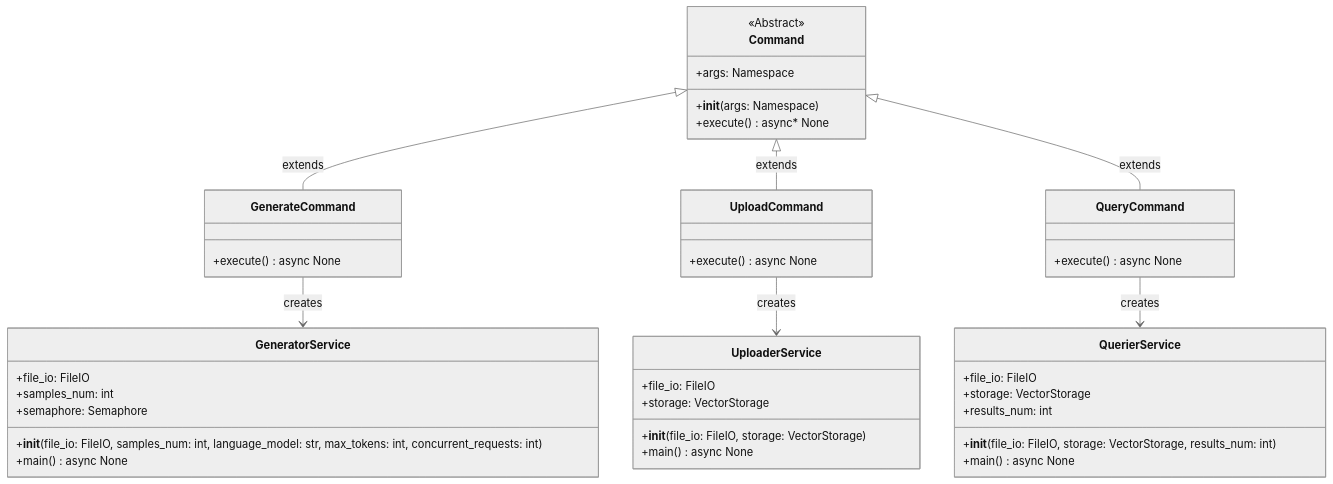
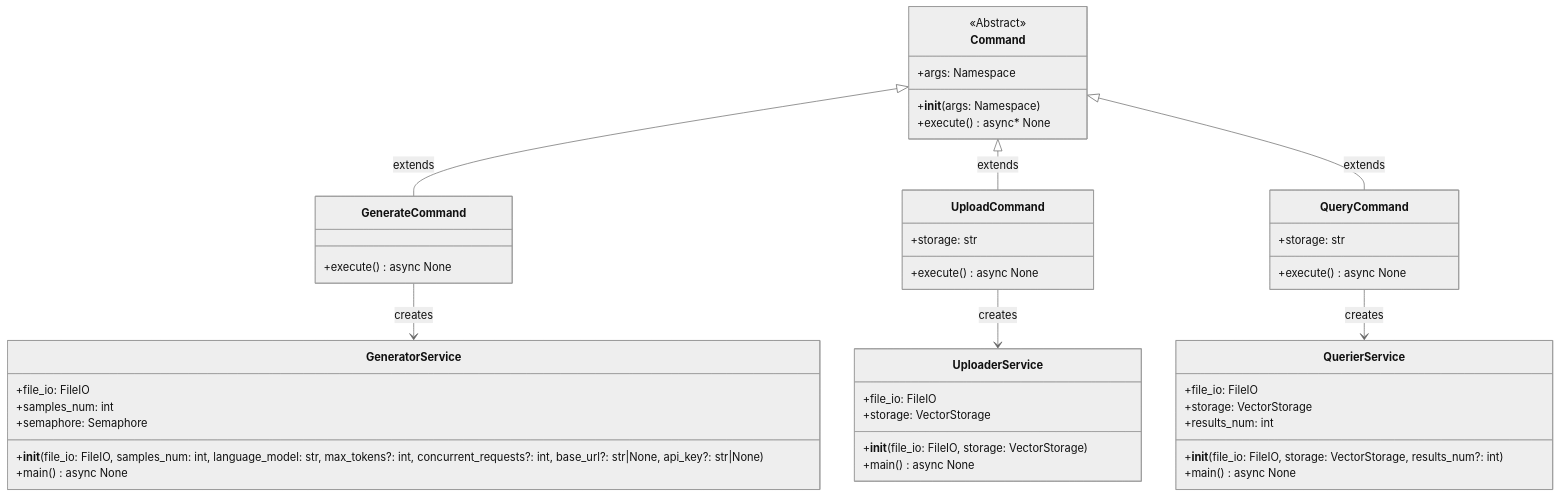
Before and after one commit to S1M0N38/llm-fingerprint: the third of 7 diagrams in CONTRIBUTING.md, drawn with Mermaid (neutral theme). The commit also changed other lines of this file, not shown here.

Commit message:
docs(CONTRIBUTING): update diagrams and release cycle

````diff
--- a/CONTRIBUTING.md
+++ b/CONTRIBUTING.md
@@ -157,51 +157,53 @@
 ```mermaid
 classDiagram
     class Command {
         <<Abstract>>
         +args: Namespace
         +__init__(args: Namespace)
         +execute() async* None
     }
 
     class GenerateCommand {
         +execute() async None
     }
 
     class UploadCommand {
+        +storage: str
         +execute() async None
     }
 
     class QueryCommand {
+        +storage: str
         +execute() async None
     }
 
     class GeneratorService {
         +file_io: FileIO
         +samples_num: int
         +semaphore: Semaphore
-        +__init__(file_io: FileIO, samples_num: int, language_model: str, max_tokens: int, concurrent_requests: int)
+        +__init__(file_io: FileIO, samples_num: int, language_model: str, max_tokens?: int, concurrent_requests?: int, base_url?: str|None, api_key?: str|None)
         +main() async None
     }
 
     class UploaderService {
         +file_io: FileIO
         +storage: VectorStorage
         +__init__(file_io: FileIO, storage: VectorStorage)
         +main() async None
     }
 
     class QuerierService {
         +file_io: FileIO
         +storage: VectorStorage
         +results_num: int
-        +__init__(file_io: FileIO, storage: VectorStorage, results_num: int)
+        +__init__(file_io: FileIO, storage: VectorStorage, results_num?: int)
         +main() async None
     }
 
     Command <|-- GenerateCommand : extends
     Command <|-- UploadCommand : extends
     Command <|-- QueryCommand : extends
     GenerateCommand --> GeneratorService : creates
     UploadCommand --> UploaderService : creates
     QueryCommand --> QuerierService : creates
 ```
````
